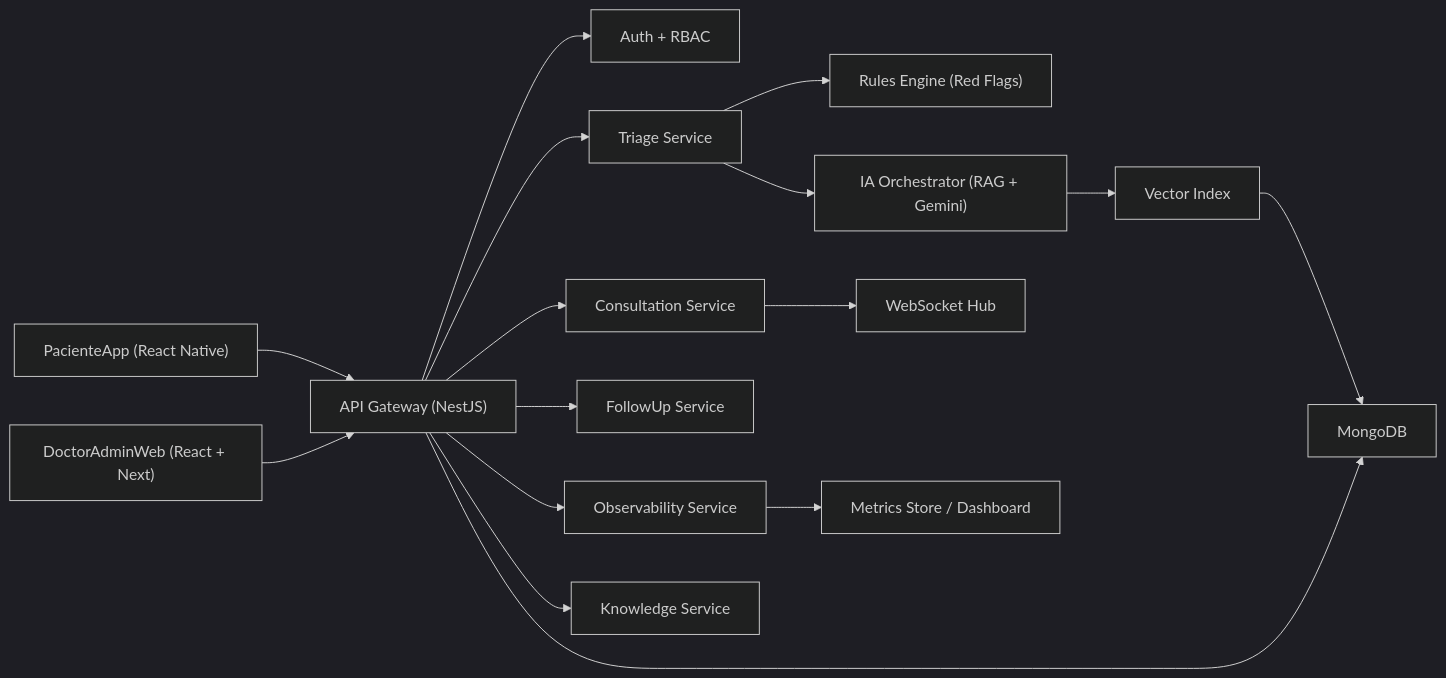
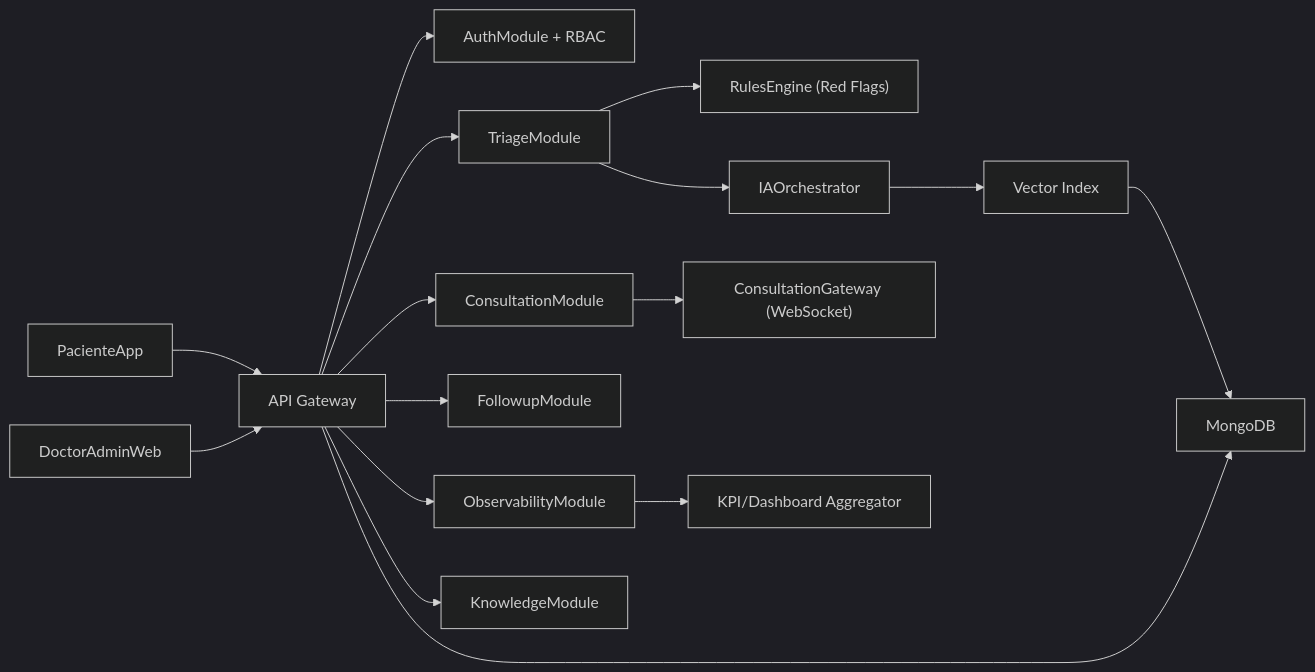
The second of 5 diagrams in docs/wiki/04-Arquitectura-Despliegue-Base.md (JesusJC15/salud-de-una-wiki), drawn with Mermaid (dark theme) before and after one commit. The commit also changed other lines of this file and 19 other files, not shown here.

````diff
--- a/docs/wiki/04-Arquitectura-Despliegue-Base.md
+++ b/docs/wiki/04-Arquitectura-Despliegue-Base.md
@@ -18,18 +29,18 @@
 ```mermaid
 flowchart LR
-    A["PacienteApp (React Native)"] --> B["API Gateway (NestJS)"]
-    C["DoctorAdminWeb (React + Next)"] --> B
-    B --> D["Auth + RBAC"]
-    B --> E["Triage Service"]
-    B --> F["Consultation Service"]
-    B --> G["FollowUp Service"]
-    B --> H["Observability Service"]
-    B --> I["Knowledge Service"]
-    E --> J["Rules Engine (Red Flags)"]
-    E --> K["IA Orchestrator (RAG + Gemini)"]
-    F --> L["WebSocket Hub"]
-    B --> M["MongoDB"]
-    H --> N["Metrics Store / Dashboard"]
-    K --> O["Vector Index"]
-    O --> M
+  A["PacienteApp"] --> G["API Gateway"]
+  B["DoctorAdminWeb"] --> G
+  G --> C["AuthModule + RBAC"]
+  G --> D["TriageModule"]
+  G --> E["ConsultationModule"]
+  G --> F["FollowupModule"]
+  G --> H["ObservabilityModule"]
+  G --> I["KnowledgeModule"]
+  D --> J["RulesEngine (Red Flags)"]
+  D --> K["IAOrchestrator"]
+  E --> L["ConsultationGateway (WebSocket)"]
+  G --> M["MongoDB"]
+  H --> N["KPI/Dashboard Aggregator"]
+  K --> O["Vector Index"]
+  O --> M
 ```
````
